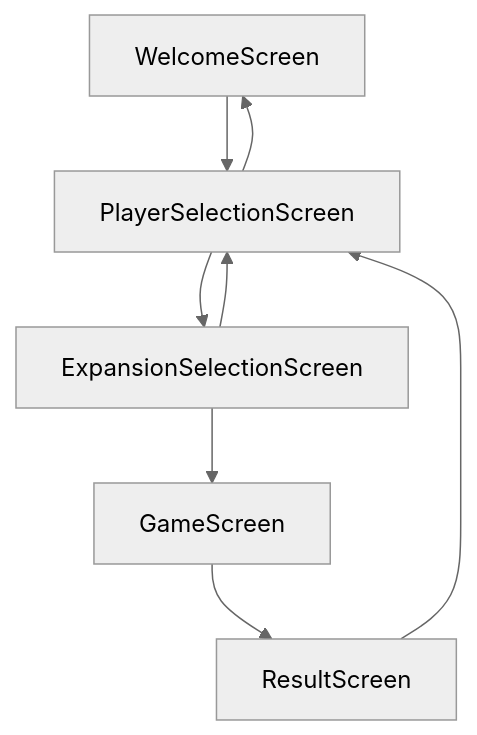
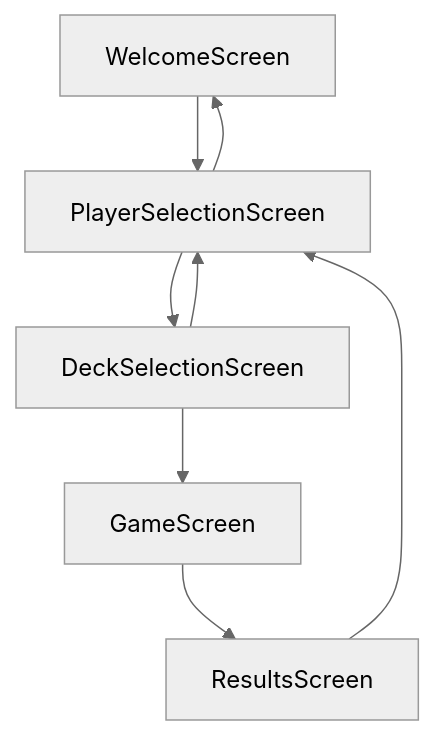
Before and after one commit to kirschkakao/Kotlin-Multiplatform-Training: the third of 3 diagrams in docs/day2/task3.md, drawn with Mermaid (neutral theme). The commit also changed other lines of this file, not shown here.

Commit message:
streamline screen naming

````diff
--- a/docs/day2/task3.md
+++ b/docs/day2/task3.md
@@ -33,7 +33,7 @@
 ```mermaid
 flowchart TB
-    WelcomeScreen --> PlayerSelectionScreen --> ExpansionSelectionScreen --> GameScreen --> ResultScreen
+    WelcomeScreen --> PlayerSelectionScreen --> DeckSelectionScreen --> GameScreen --> ResultsScreen
     PlayerSelectionScreen --> WelcomeScreen
-    ExpansionSelectionScreen --> PlayerSelectionScreen
-    ResultScreen --> PlayerSelectionScreen
+    DeckSelectionScreen --> PlayerSelectionScreen
+    ResultsScreen --> PlayerSelectionScreen
 ```
````
